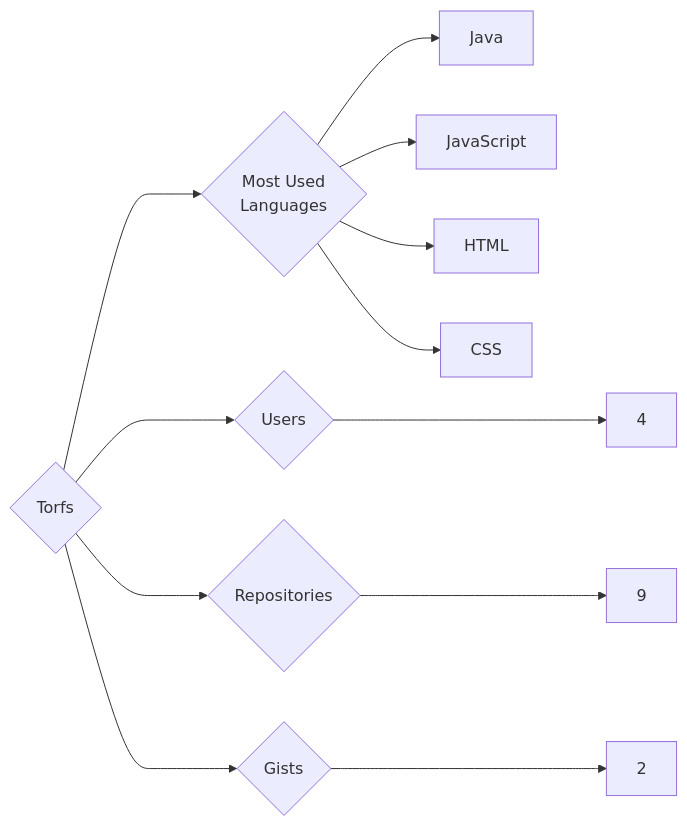
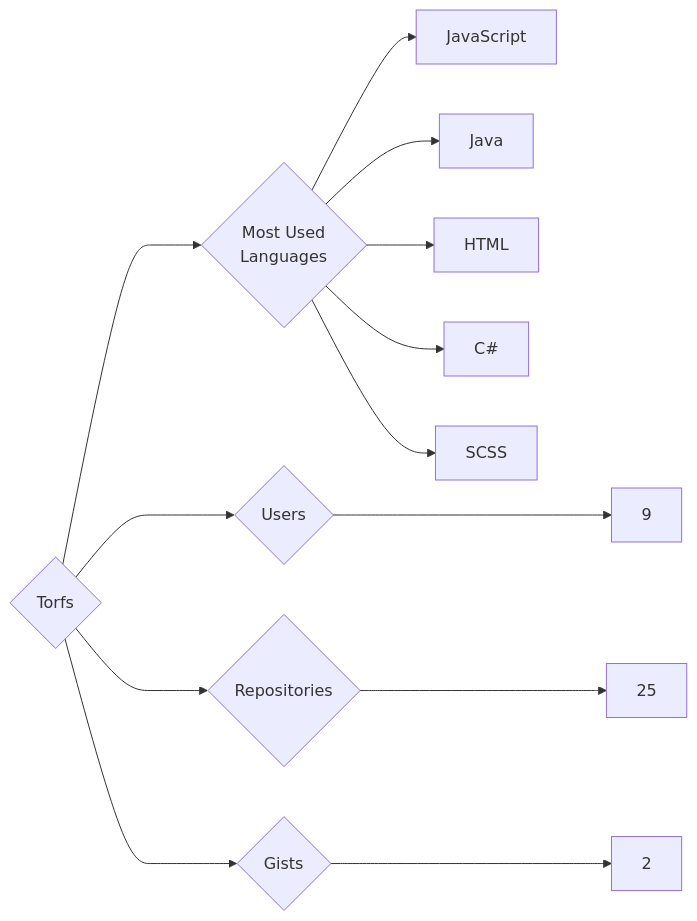
The diagram in targets/Torfs/README.md (trickest/insiders), drawn with Mermaid before and after one commit. The commit also changed 964 other files, not shown here.

````diff
--- a/targets/Torfs/README.md
+++ b/targets/Torfs/README.md
@@ -3,12 +3,13 @@
 ```mermaid
 graph LR
 COMPANY_NAME{Torfs}
-COMPANY_NAME ---> U{Users} ---> UN[4]
-COMPANY_NAME ---> R{Repositories} ---> RN[9]
+COMPANY_NAME ---> U{Users} ---> UN[9]
+COMPANY_NAME ---> R{Repositories} ---> RN[25]
 COMPANY_NAME ---> G{Gists} ---> GN[2]
 COMPANY_NAME ---> ML{Most Used<br>Languages}
+ML --> JavaScript[JavaScript]
 ML --> Java[Java]
-ML --> JavaScript[JavaScript]
 ML --> HTML[HTML]
-ML --> CSS[CSS]
+ML --> C#[C#]
+ML --> SCSS[SCSS]
 ```
````
